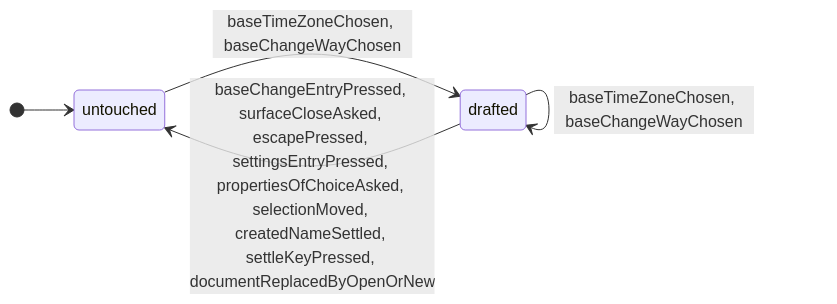
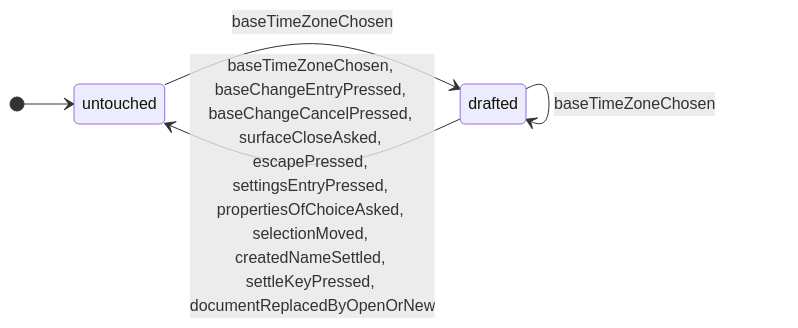
One commit to GoodRelax/gr-scheduler changed diagram 16 of 32 in docs/spec/_assets/tbl-state-machines.md. Above: the diagram before and after it, drawn with Mermaid. The commit also changed other lines of this file and 94 other files, not shown here.

````diff
--- a/docs/spec/_assets/tbl-state-machines.md
+++ b/docs/spec/_assets/tbl-state-machines.md
@@ -599,10 +599,10 @@
 ```mermaid
 stateDiagram-v2
     direction LR
     [*] --> baseTimeZoneDraftStateMachine_untouched
     baseTimeZoneDraftStateMachine_untouched : untouched
     baseTimeZoneDraftStateMachine_drafted : drafted
-    baseTimeZoneDraftStateMachine_untouched --> baseTimeZoneDraftStateMachine_drafted : baseTimeZoneChosen, baseChangeWayChosen
-    baseTimeZoneDraftStateMachine_drafted --> baseTimeZoneDraftStateMachine_drafted : baseTimeZoneChosen, baseChangeWayChosen
-    baseTimeZoneDraftStateMachine_drafted --> baseTimeZoneDraftStateMachine_untouched : baseChangeEntryPressed, surfaceCloseAsked, escapePressed, settingsEntryPressed, propertiesOfChoiceAsked, selectionMoved, createdNameSettled, settleKeyPressed, documentReplacedByOpenOrNew
+    baseTimeZoneDraftStateMachine_untouched --> baseTimeZoneDraftStateMachine_drafted : baseTimeZoneChosen
+    baseTimeZoneDraftStateMachine_drafted --> baseTimeZoneDraftStateMachine_drafted : baseTimeZoneChosen
+    baseTimeZoneDraftStateMachine_drafted --> baseTimeZoneDraftStateMachine_untouched : baseTimeZoneChosen, baseChangeEntryPressed, baseChangeCancelPressed, surfaceCloseAsked, escapePressed, settingsEntryPressed, propertiesOfChoiceAsked, selectionMoved, createdNameSettled, settleKeyPressed, documentReplacedByOpenOrNew
 ```
````
